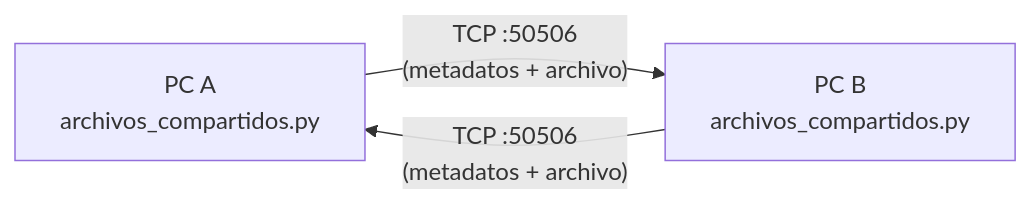
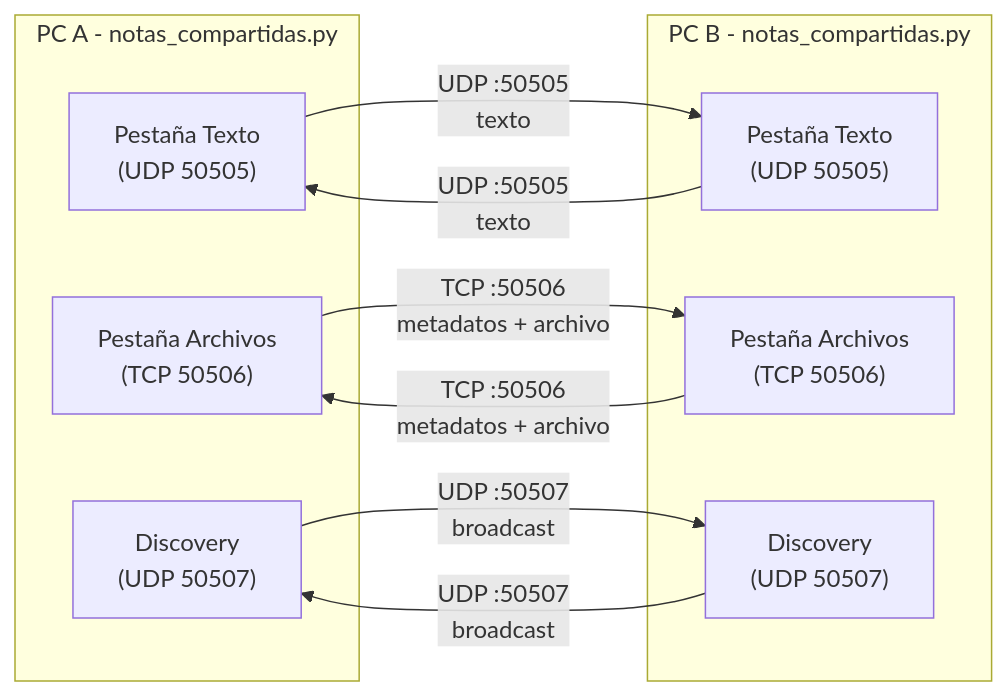
The diagram in DOCUMENTACION/02-Compartir-Archivos-LAN/plan-actual/03-Diseno.md (MauricioBelforte/compartidor-local), drawn with Mermaid before and after one commit. The commit also changed other lines of this file and 22 other files, not shown here.

````diff
--- a/DOCUMENTACION/02-Compartir-Archivos-LAN/plan-actual/03-Diseno.md
+++ b/DOCUMENTACION/02-Compartir-Archivos-LAN/plan-actual/03-Diseno.md
@@ -15,5 +16,19 @@
 ```mermaid
 flowchart LR
-    A["PC A<br/>archivos_compartidos.py"] -- "TCP :50506<br/>(metadatos + archivo)" --> B["PC B<br/>archivos_compartidos.py"]
-    B -- "TCP :50506<br/>(metadatos + archivo)" --> A
+    subgraph PC_A["PC A - notas_compartidas.py"]
+        T1["Pestaña Texto<br/>(UDP 50505)"]
+        A1["Pestaña Archivos<br/>(TCP 50506)"]
+        D1["Discovery<br/>(UDP 50507)"]
+    end
+    subgraph PC_B["PC B - notas_compartidas.py"]
+        T2["Pestaña Texto<br/>(UDP 50505)"]
+        A2["Pestaña Archivos<br/>(TCP 50506)"]
+        D2["Discovery<br/>(UDP 50507)"]
+    end
+    T1 -- "UDP :50505<br/>texto" --> T2
+    T2 -- "UDP :50505<br/>texto" --> T1
+    A1 -- "TCP :50506<br/>metadatos + archivo" --> A2
+    A2 -- "TCP :50506<br/>metadatos + archivo" --> A1
+    D1 -- "UDP :50507<br/>broadcast" --> D2
+    D2 -- "UDP :50507<br/>broadcast" --> D1
 ```
````
